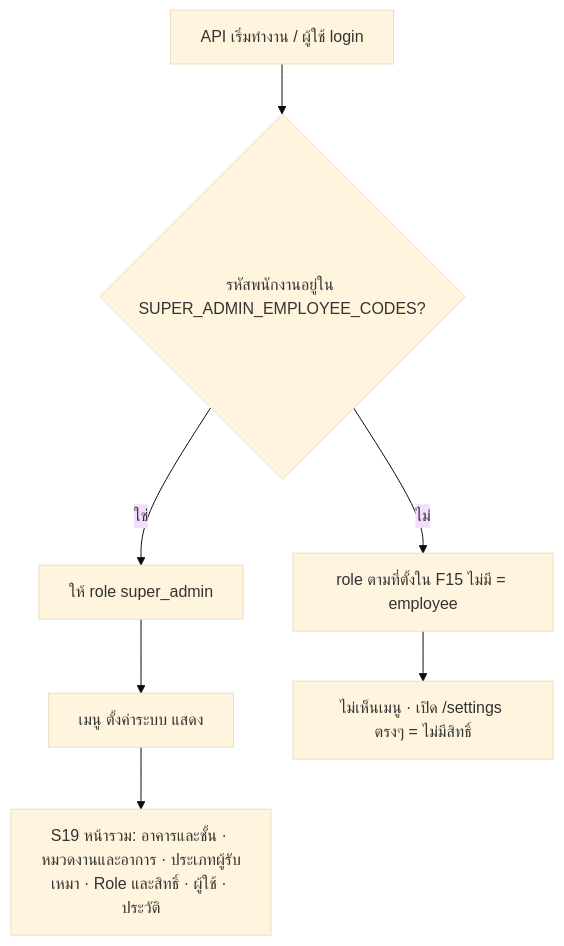
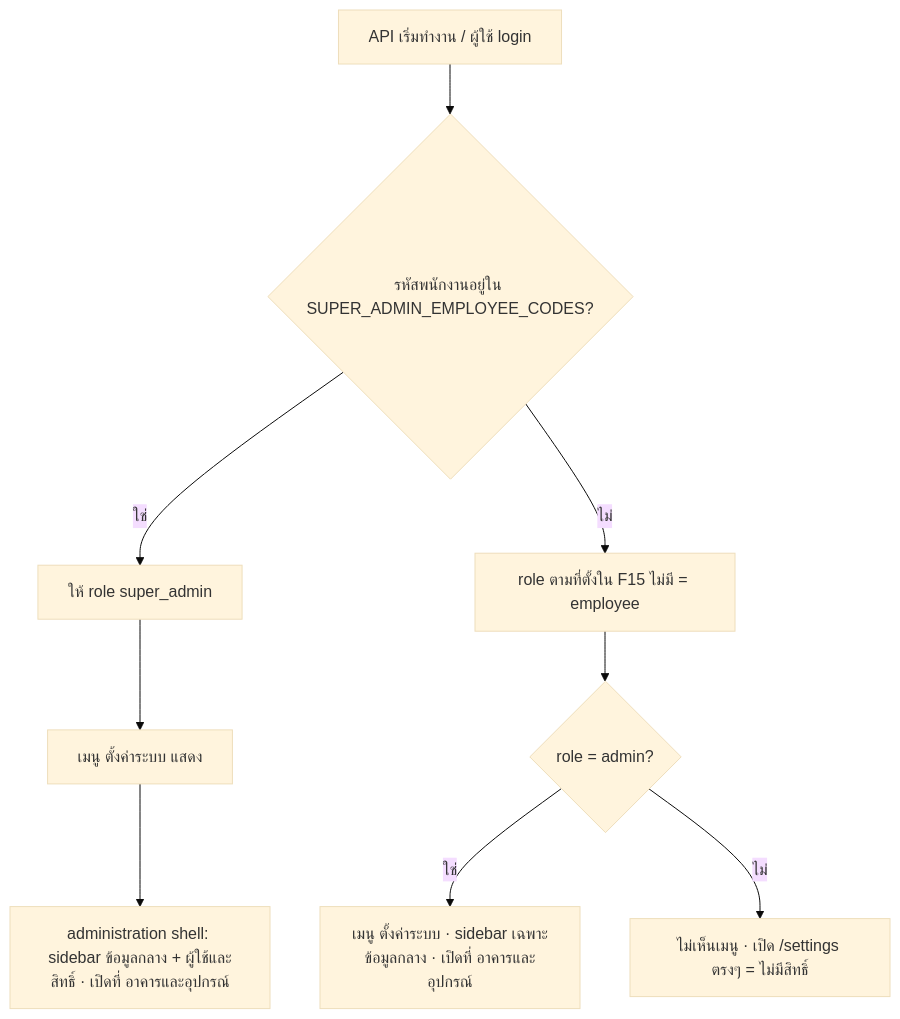
The first of 8 diagrams in docs/modules/settings/02-flows.md (pithawat/BAMBAM), drawn with Mermaid (base theme) before and after one commit. The commit also changed other lines of this file and 175 other files, not shown here.

First line of the commit message:
feat(settings): stage 1 — roles as data, permission checks, administration shell

````diff
--- a/docs/modules/settings/02-flows.md
+++ b/docs/modules/settings/02-flows.md
@@ -44,9 +45,11 @@
 ```mermaid
 flowchart TD
   A[API เริ่มทำงาน / ผู้ใช้ login] --> B{รหัสพนักงานอยู่ใน SUPER_ADMIN_EMPLOYEE_CODES?}
   B -- ใช่ --> C[ให้ role super_admin]
   B -- ไม่ --> D[role ตามที่ตั้งใน F15 ไม่มี = employee]
   C --> E[เมนู ตั้งค่าระบบ แสดง]
-  E --> F[S19 หน้ารวม: อาคารและชั้น · หมวดงานและอาการ · ประเภทผู้รับเหมา · Role และสิทธิ์ · ผู้ใช้ · ประวัติ]
-  D --> G[ไม่เห็นเมนู · เปิด /settings ตรงๆ = ไม่มีสิทธิ์]
+  E --> F[administration shell: sidebar ข้อมูลกลาง + ผู้ใช้และสิทธิ์ · เปิดที่ อาคารและอุปกรณ์]
+  D --> H{role = admin?}
+  H -- ใช่ --> I[เมนู ตั้งค่าระบบ · sidebar เฉพาะข้อมูลกลาง · เปิดที่ อาคารและอุปกรณ์]
+  H -- ไม่ --> G[ไม่เห็นเมนู · เปิด /settings ตรงๆ = ไม่มีสิทธิ์]
 ```
````
